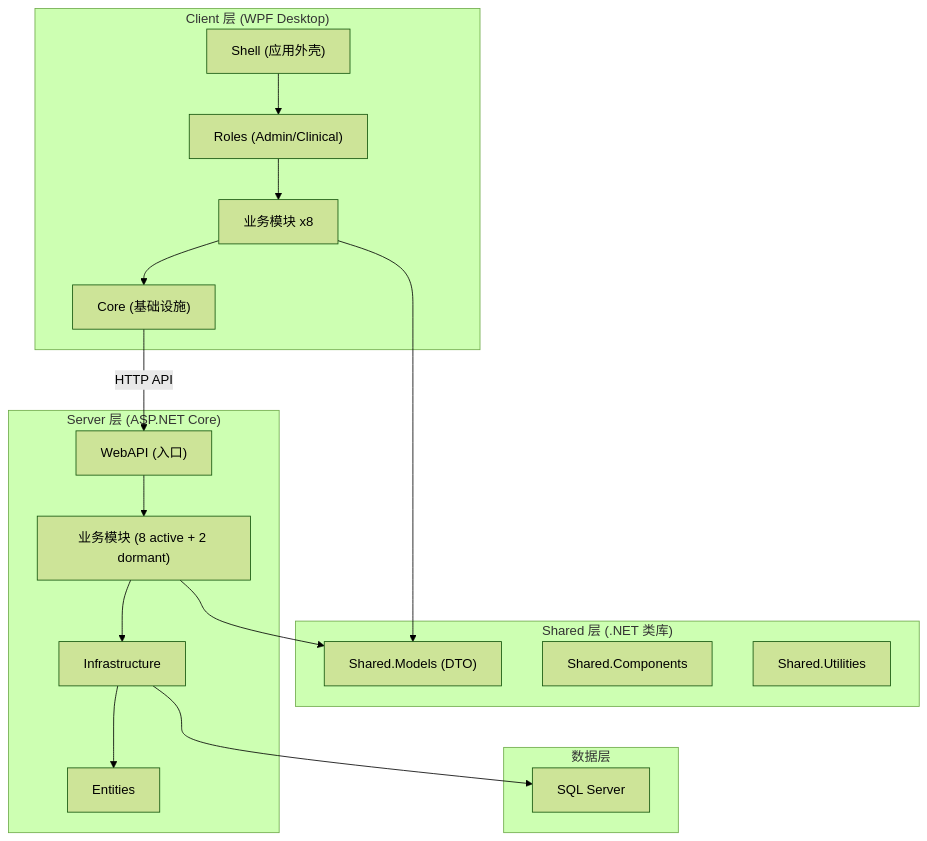
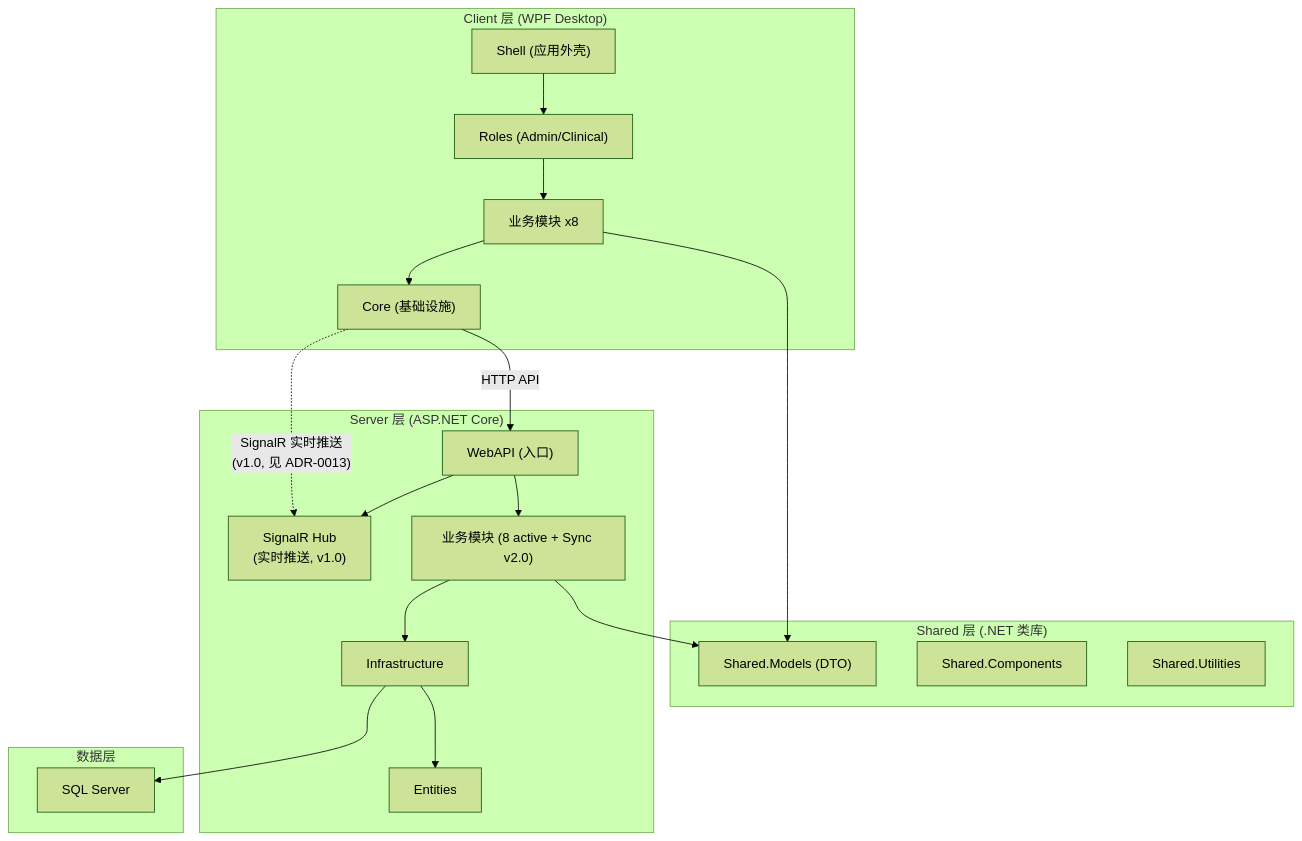
The first of 6 diagrams in docs/03-architecture/01-system-overview.md (shouqitao/LYBTZYZS), drawn with Mermaid (forest theme) before and after one commit. The commit also changed other lines of this file and 119 other files, not shown here.

````diff
--- a/docs/03-architecture/01-system-overview.md
+++ b/docs/03-architecture/01-system-overview.md
@@ -9,33 +9,36 @@
 ```mermaid
 graph TB
     subgraph Client["Client 层 (WPF Desktop)"]
         Shell["Shell (应用外壳)"]
         Roles["Roles (Admin/Clinical)"]
         Modules_C["业务模块 x8"]
         Core_C["Core (基础设施)"]
         Shell --> Roles --> Modules_C --> Core_C
     end
 
     subgraph Shared["Shared 层 (.NET 类库)"]
         Models["Shared.Models (DTO)"]
         Components["Shared.Components"]
         Utilities["Shared.Utilities"]
     end
 
     subgraph Server["Server 层 (ASP.NET Core)"]
         WebAPI["WebAPI (入口)"]
-        Modules_S["业务模块 (8 active + 2 dormant)"]
+        SignalRHub["SignalR Hub<br/>(实时推送, v1.0)"]
+        Modules_S["业务模块 (8 active + Sync v2.0)"]
         Infra["Infrastructure"]
         Entities["Entities"]
+        WebAPI --> SignalRHub
         WebAPI --> Modules_S --> Infra --> Entities
     end
 
     subgraph Data["数据层"]
         SQLServer["SQL Server"]
     end
 
     Core_C -->|"HTTP API"| WebAPI
+    Core_C -.->|"SignalR 实时推送<br/>(v1.0, 见 ADR-0013)"| SignalRHub
     Modules_C --> Models
     Modules_S --> Models
     Infra --> SQLServer
 ```
````
